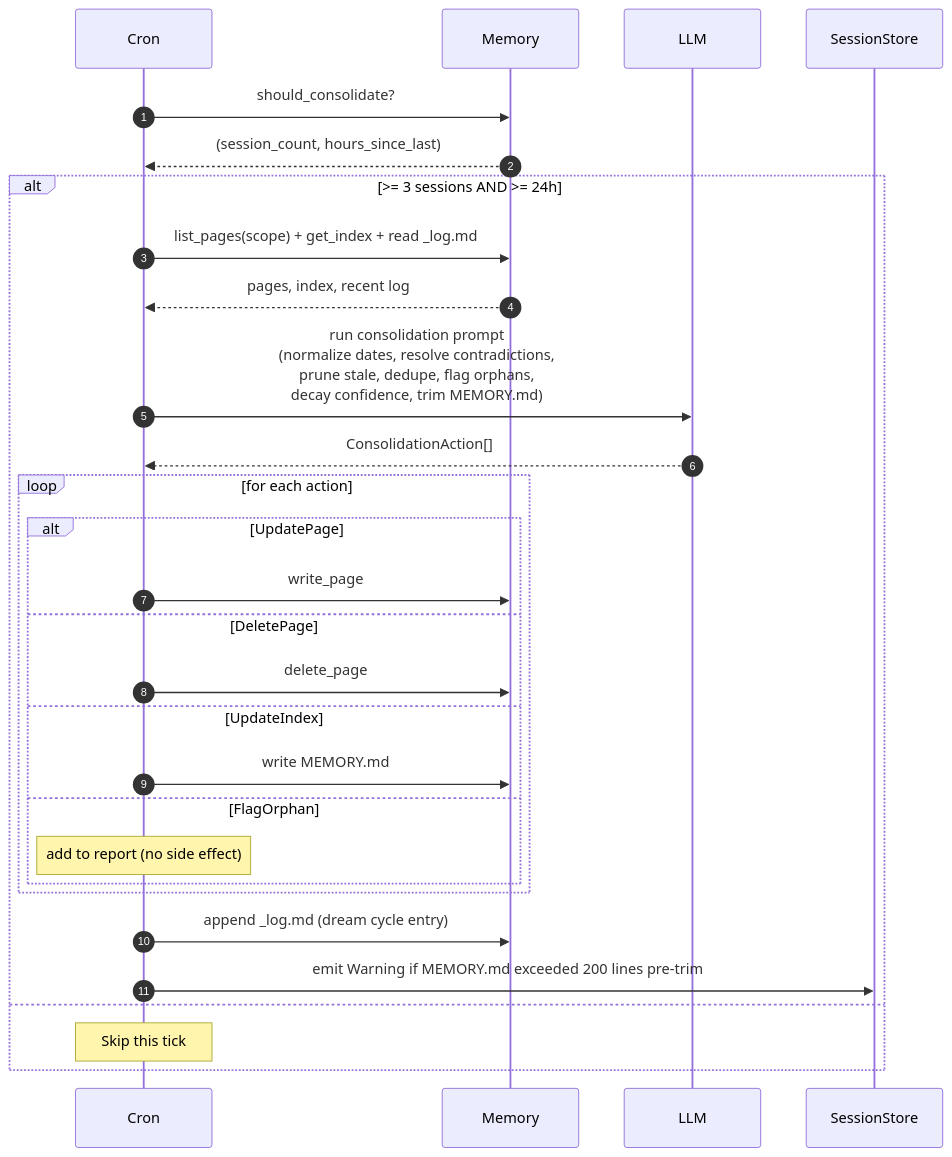
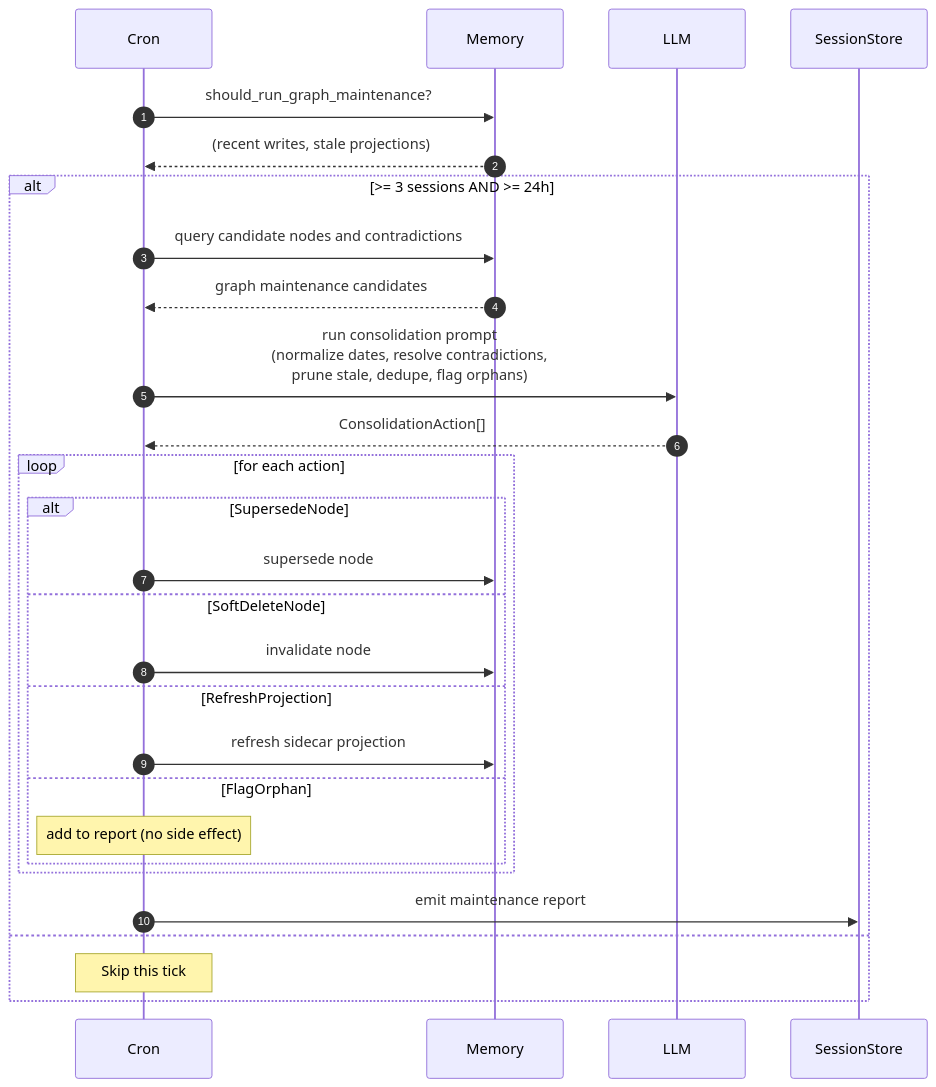
Diagram 11 of 14 in sequence-diagrams.md (hwuiwon/moa), drawn with Mermaid before and after one commit. The commit also changed other lines of this file and 299 other files, not shown here.

````diff
--- a/sequence-diagrams.md
+++ b/sequence-diagrams.md
@@ -497,36 +496,35 @@
 ```mermaid
 sequenceDiagram
     autonumber
     participant Cron
     participant Memory
     participant LLM
     participant Log as SessionStore
 
-    Cron->>Memory: should_consolidate?
-    Memory-->>Cron: (session_count, hours_since_last)
+    Cron->>Memory: should_run_graph_maintenance?
+    Memory-->>Cron: (recent writes, stale projections)
 
     alt >= 3 sessions AND >= 24h
-        Cron->>Memory: list_pages(scope) + get_index + read _log.md
-        Memory-->>Cron: pages, index, recent log
+        Cron->>Memory: query candidate nodes and contradictions
+        Memory-->>Cron: graph maintenance candidates
 
-        Cron->>LLM: run consolidation prompt<br/>(normalize dates, resolve contradictions,<br/>prune stale, dedupe, flag orphans,<br/>decay confidence, trim MEMORY.md)
+        Cron->>LLM: run consolidation prompt<br/>(normalize dates, resolve contradictions,<br/>prune stale, dedupe, flag orphans)
         LLM-->>Cron: ConsolidationAction[]
 
         loop for each action
-            alt UpdatePage
-                Cron->>Memory: write_page
-            else DeletePage
-                Cron->>Memory: delete_page
-            else UpdateIndex
-                Cron->>Memory: write MEMORY.md
+            alt SupersedeNode
+                Cron->>Memory: supersede node
+            else SoftDeleteNode
+                Cron->>Memory: invalidate node
+            else RefreshProjection
+                Cron->>Memory: refresh sidecar projection
             else FlagOrphan
                 Note over Cron: add to report (no side effect)
             end
         end
 
-        Cron->>Memory: append _log.md (dream cycle entry)
-        Cron->>Log: emit Warning if MEMORY.md exceeded 200 lines pre-trim
+        Cron->>Log: emit maintenance report
     else
         Note over Cron: Skip this tick
     end
 ```
````
